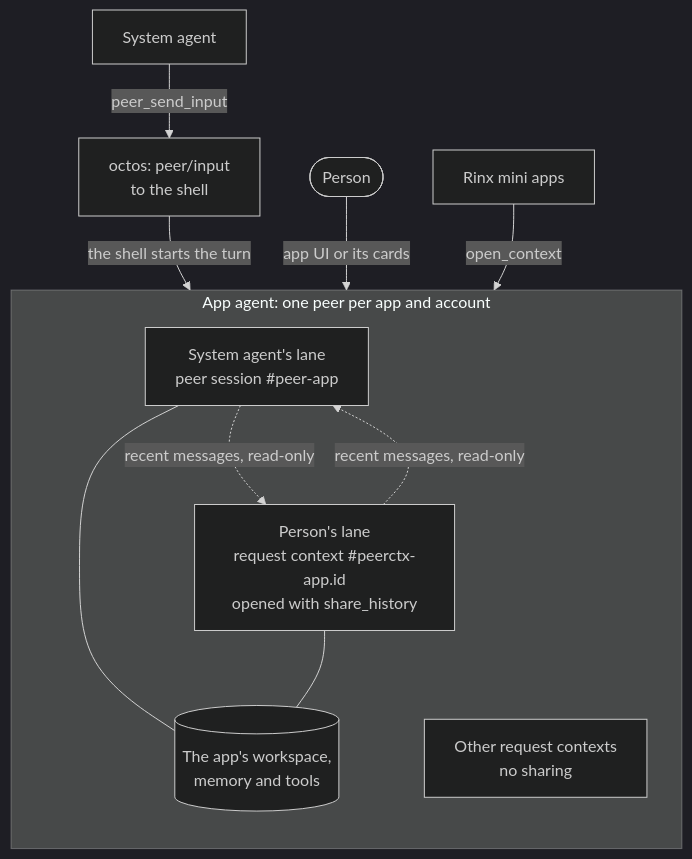
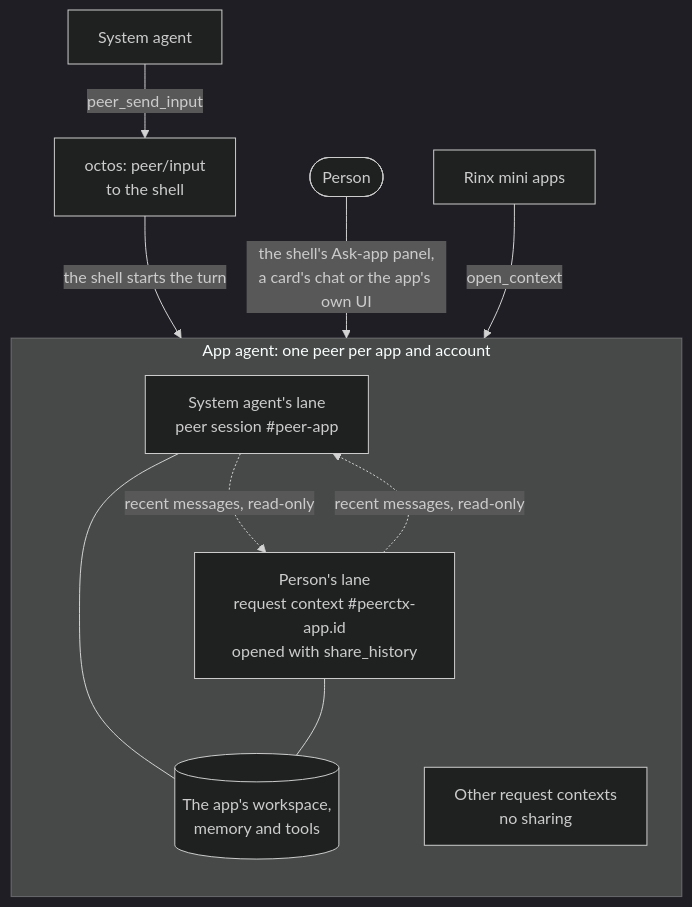
Before and after one commit to OctoSense-org/OctoSense: the third of 4 diagrams in README.md, drawn with Mermaid (dark theme). The commit also changed other lines of this file and 4 other files, not shown here.

First line of the commit message:
docs: the person talks to an app's agent directly ("Ask <app>")

````diff
--- a/README.md
+++ b/README.md
@@ -130,21 +126,21 @@
 ```mermaid
 flowchart TB
   sys["System agent"]
   person(["Person"])
   mini["Rinx mini apps"]
   subgraph peer["App agent: one peer per app and account"]
     direction TB
     lane1["System agent's lane<br/>peer session #peer-app"]
     lane2["Person's lane<br/>request context #peerctx-app.id<br/>opened with share_history"]
     own[("The app's workspace,<br/>memory and tools")]
     ctx["Other request contexts<br/>no sharing"]
   end
   sys -->|"peer_send_input"| input["octos: peer/input<br/>to the shell"]
   input -->|"the shell starts the turn"| lane1
-  person -->|"app UI or its cards"| lane2
+  person -->|"the shell's Ask-app panel,<br/>a card's chat or the app's own UI"| lane2
   lane1 -.->|"recent messages, read-only"| lane2
   lane2 -.->|"recent messages, read-only"| lane1
   lane1 --- own
   lane2 --- own
   mini -->|"open_context"| ctx
 ```
````
